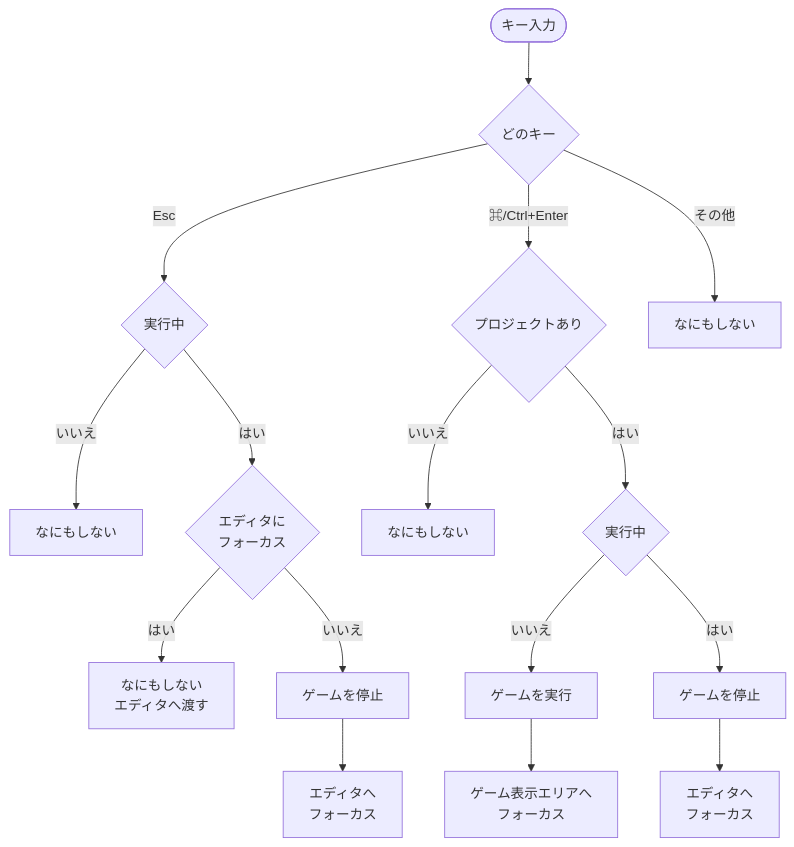
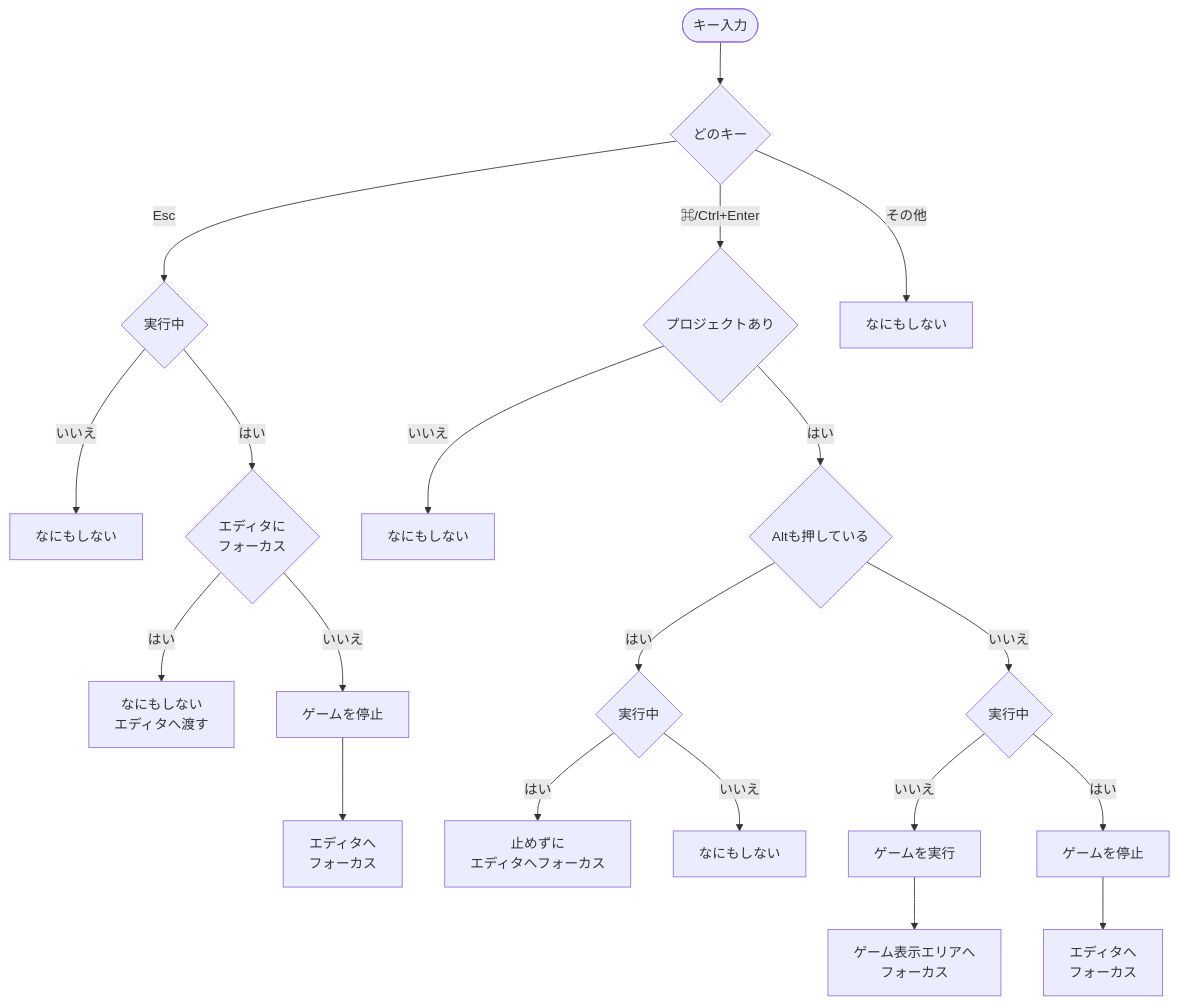
Diagram 23 of 38 in docs/specification.md (digitarhythm/arcadeer), drawn with Mermaid before and after one commit. The commit also changed other lines of this file and 43 other files, not shown here.

````diff
--- a/docs/specification.md
+++ b/docs/specification.md
@@ -1678,18 +1806,22 @@
 ```mermaid
 flowchart TB
     Key([キー入力]) --> Which{どのキー}
     Which -- "Esc" --> Running{実行中}
     Running -- いいえ --> Pass[なにもしない]
     Running -- はい --> Focus{エディタに<br/>フォーカス}
     Focus -- はい --> Pass2[なにもしない<br/>エディタへ渡す]
     Focus -- いいえ --> Stop[ゲームを停止]
     Stop --> FocusE[エディタへ<br/>フォーカス]
     Which -- "⌘/Ctrl+Enter" --> Opened{プロジェクトあり}
     Opened -- いいえ --> Pass3[なにもしない]
-    Opened -- はい --> Playing{実行中}
+    Opened -- はい --> Alt{Altも押している}
+    Alt -- はい --> Running2{実行中}
+    Running2 -- はい --> Keep[止めずに<br/>エディタへフォーカス]
+    Running2 -- いいえ --> Pass5[なにもしない]
+    Alt -- いいえ --> Playing{実行中}
     Playing -- いいえ --> Run[ゲームを実行]
     Run --> FocusG[ゲーム表示エリアへ<br/>フォーカス]
     Playing -- はい --> Stop2[ゲームを停止]
     Stop2 --> FocusE2[エディタへ<br/>フォーカス]
     Which -- その他 --> Pass4[なにもしない]
 ```
````
